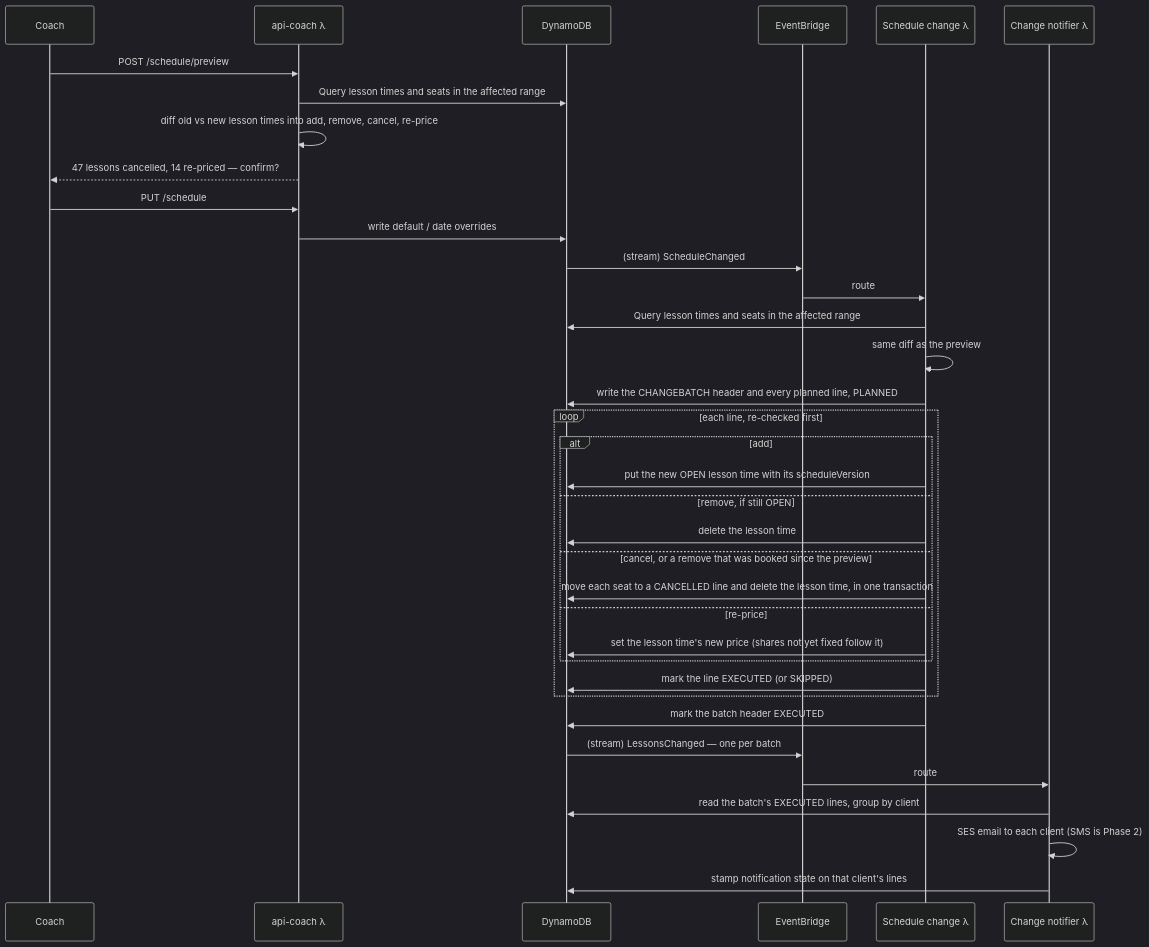
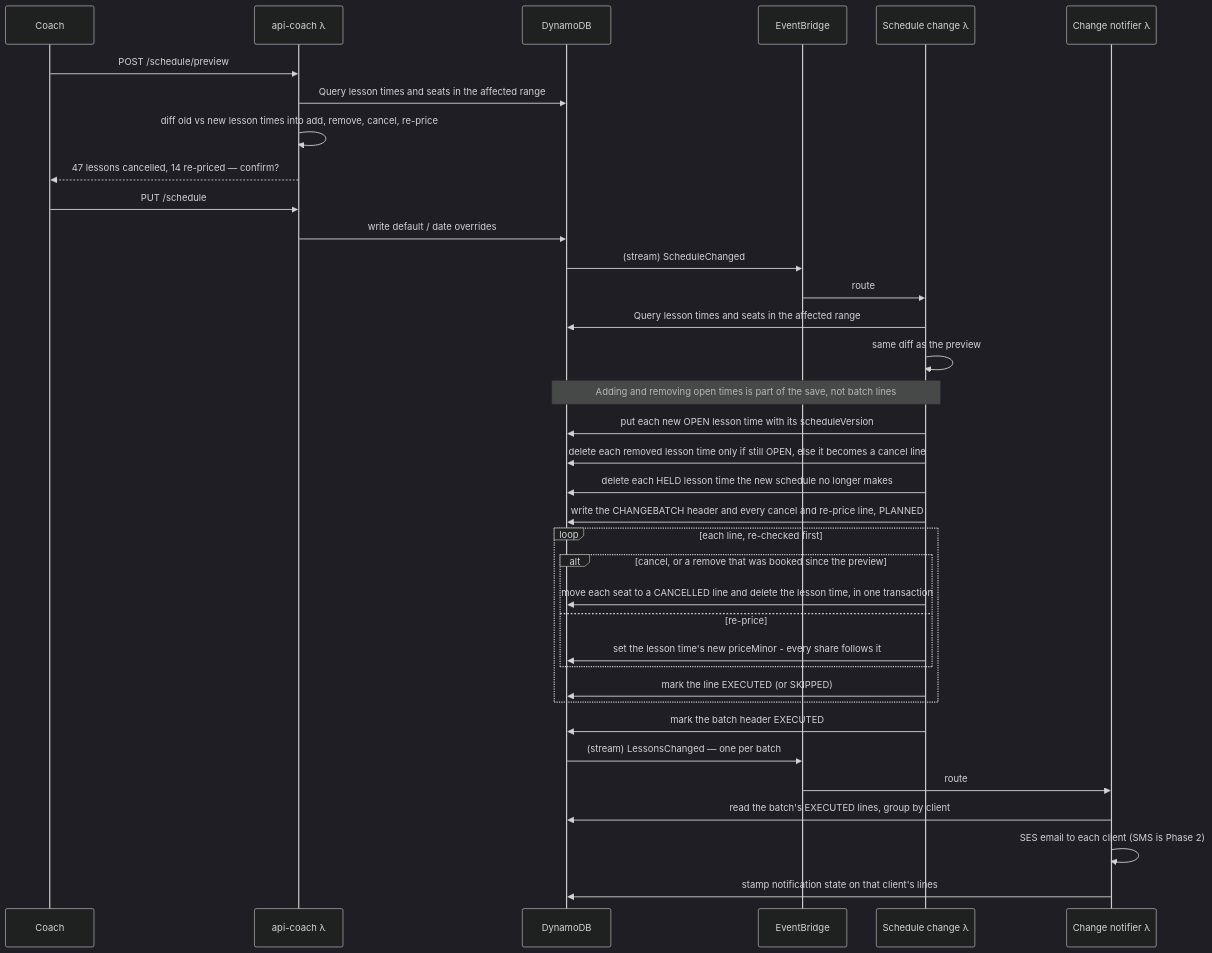
Before and after one commit to jessicamvega6/bladebook: the diagram in docs/adr/ADR-006-open-booking-recurring-lessons-and-cancellation.md, drawn with Mermaid (dark theme). The commit also changed other lines of this file and 30 other files, not shown here.

````diff
--- a/docs/adr/ADR-006-open-booking-recurring-lessons-and-cancellation.md
+++ b/docs/adr/ADR-006-open-booking-recurring-lessons-and-cancellation.md
@@ -464,38 +469,38 @@
 ```mermaid
 sequenceDiagram
     participant C as Coach
     participant API as api-coach λ
     participant DB as DynamoDB
     participant Bus as EventBridge
     participant X as Schedule change λ
     participant N as Change notifier λ
     C->>API: POST /schedule/preview
     API->>DB: Query lesson times and seats in the affected range
     API->>API: diff old vs new lesson times into add, remove, cancel, re-price
     API-->>C: 47 lessons cancelled, 14 re-priced — confirm?
     C->>API: PUT /schedule
     API->>DB: write default / date overrides
     DB->>Bus: (stream) ScheduleChanged
     Bus->>X: route
     X->>DB: Query lesson times and seats in the affected range
     X->>X: same diff as the preview
-    X->>DB: write the CHANGEBATCH header and every planned line, PLANNED
+    Note over X,DB: Adding and removing open times is part of the save, not batch lines
+    X->>DB: put each new OPEN lesson time with its scheduleVersion
+    X->>DB: delete each removed lesson time only if still OPEN, else it becomes a cancel line
+    X->>DB: delete each HELD lesson time the new schedule no longer makes
+    X->>DB: write the CHANGEBATCH header and every cancel and re-price line, PLANNED
     loop each line, re-checked first
-        alt add
-            X->>DB: put the new OPEN lesson time with its scheduleVersion
-        else remove, if still OPEN
-            X->>DB: delete the lesson time
-        else cancel, or a remove that was booked since the preview
+        alt cancel, or a remove that was booked since the preview
             X->>DB: move each seat to a CANCELLED line and delete the lesson time, in one transaction
         else re-price
-            X->>DB: set the lesson time's new price (shares not yet fixed follow it)
+            X->>DB: set the lesson time's new priceMinor - every share follows it
         end
         X->>DB: mark the line EXECUTED (or SKIPPED)
     end
     X->>DB: mark the batch header EXECUTED
     DB->>Bus: (stream) LessonsChanged — one per batch
     Bus->>N: route
     N->>DB: read the batch's EXECUTED lines, group by client
     N->>N: SES email to each client (SMS is Phase 2)
     N->>DB: stamp notification state on that client's lines
 ```
````
